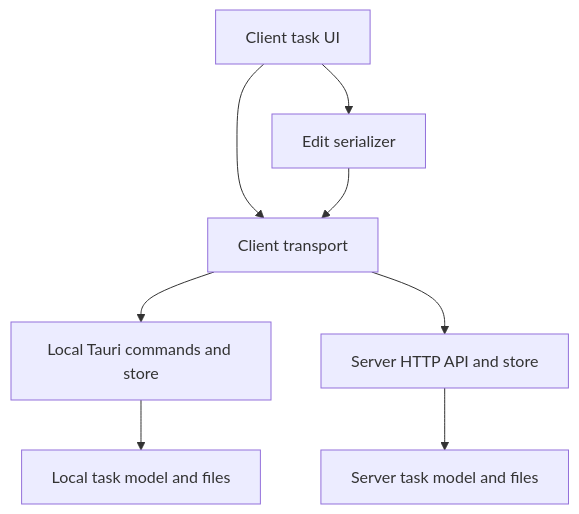
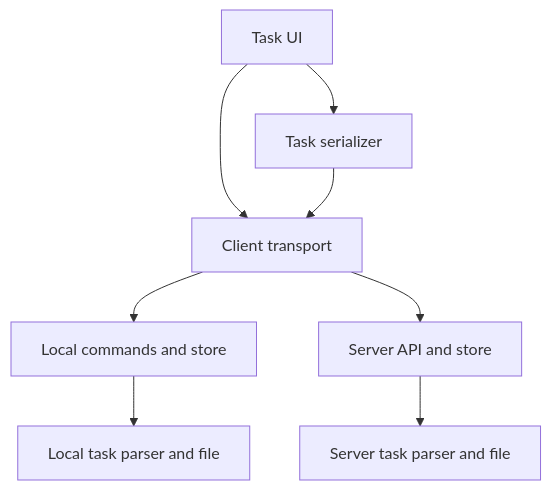
One commit to unskilled0218/ntr changed the diagram in tasks/21-remove-priority/3-plan-review.md. Above: the diagram before and after it, drawn with Mermaid. The commit also changed other lines of this file, not shown here.

````diff
--- a/tasks/21-remove-priority/3-plan-review.md
+++ b/tasks/21-remove-priority/3-plan-review.md
@@ -22,10 +22,10 @@
 ```mermaid
 graph TD
-  UI[Client task UI] --> Serializer[Edit serializer]
+  UI[Task UI] --> Serializer[Task serializer]
   UI --> Transport[Client transport]
-  Transport --> Local[Local Tauri commands and store]
-  Transport --> HTTP[Server HTTP API and store]
-  Local --> LocalModel[Local task model and files]
-  HTTP --> ServerModel[Server task model and files]
   Serializer --> Transport
+  Transport --> Local[Local commands and store]
+  Transport --> Server[Server API and store]
+  Local --> LocalModel[Local task parser and file]
+  Server --> ServerModel[Server task parser and file]
 ```
````
